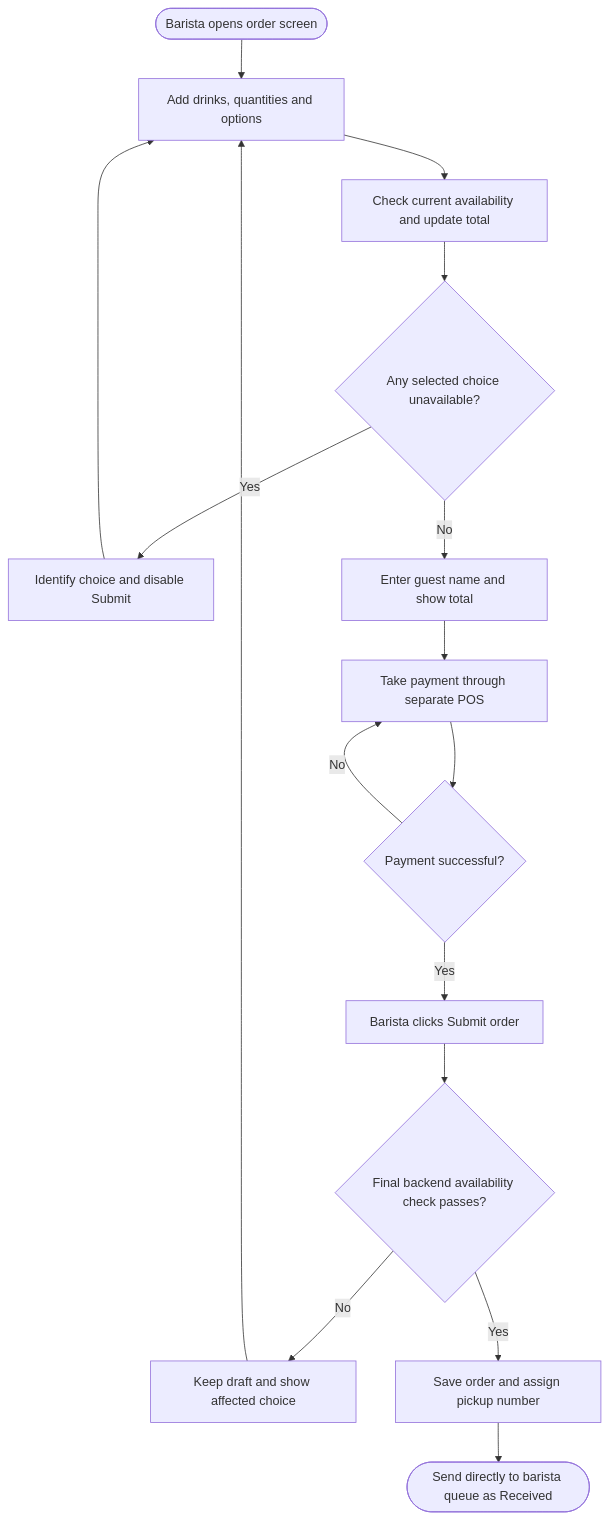
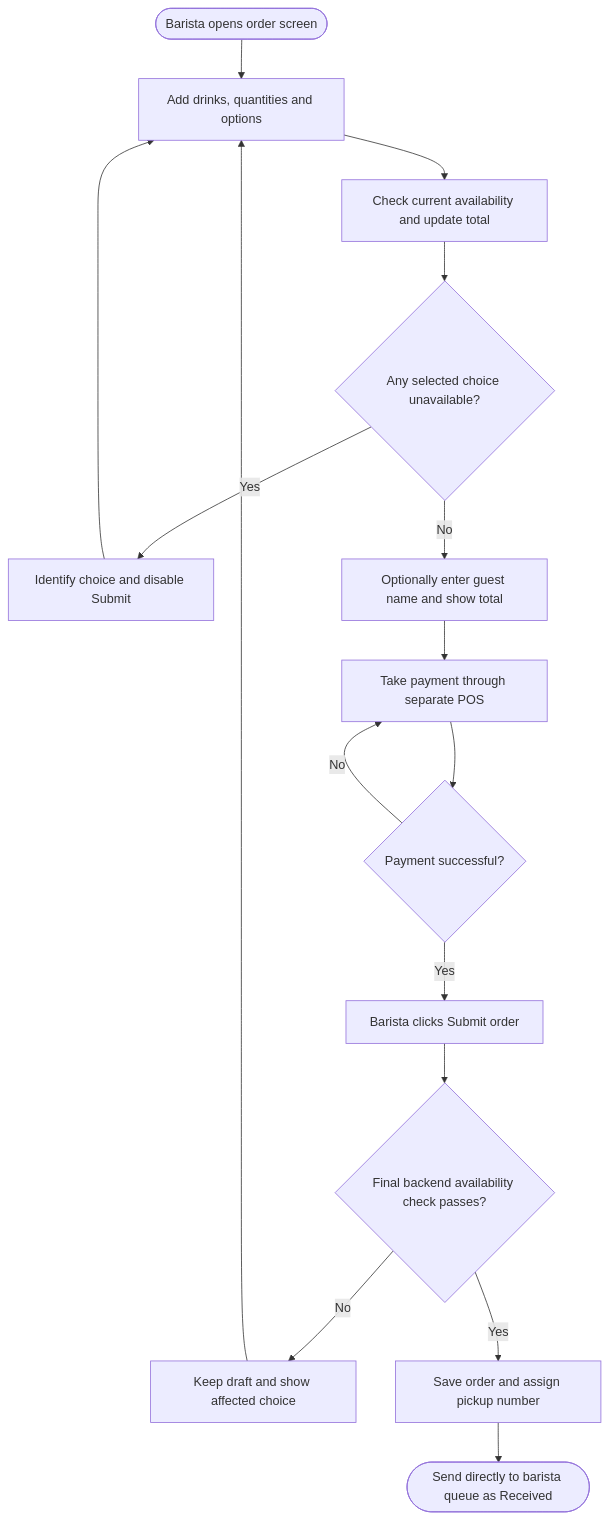
The diagram in docs/specs/F01-counter-order-entry.md (bnb-qms/beans-beats-qms), drawn with Mermaid before and after one commit. The commit also changed other lines of this file and 15 other files, not shown here.

````diff
--- a/docs/specs/F01-counter-order-entry.md
+++ b/docs/specs/F01-counter-order-entry.md
@@ -49,18 +49,18 @@
 ```mermaid
 flowchart TD
     A([Barista opens order screen]) --> B[Add drinks, quantities and options]
     B --> C[Check current availability and update total]
     C --> D{Any selected choice unavailable?}
     D -->|Yes| E[Identify choice and disable Submit]
     E --> B
-    D -->|No| F[Enter guest name and show total]
+    D -->|No| F[Optionally enter guest name and show total]
     F --> G[Take payment through separate POS]
     G --> H{Payment successful?}
     H -->|No| G
     H -->|Yes| I[Barista clicks Submit order]
     I --> J{Final backend availability check passes?}
     J -->|No| K[Keep draft and show affected choice]
     K --> B
     J -->|Yes| L[Save order and assign pickup number]
     L --> M([Send directly to barista queue as Received])
 ```
````
